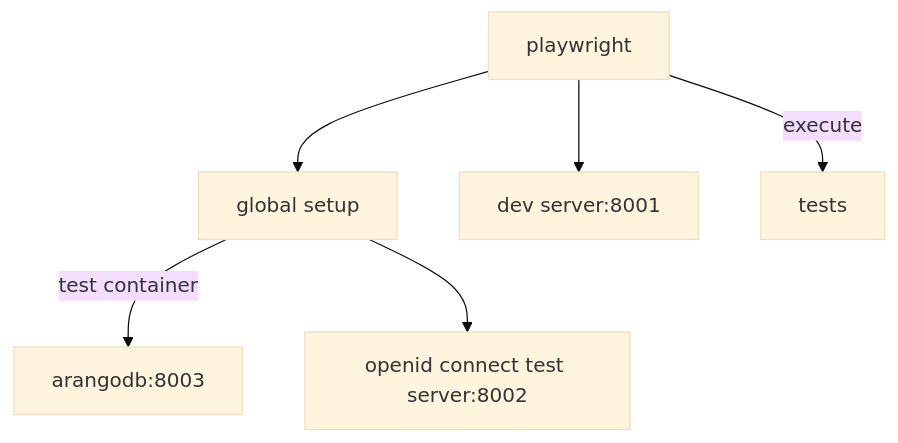
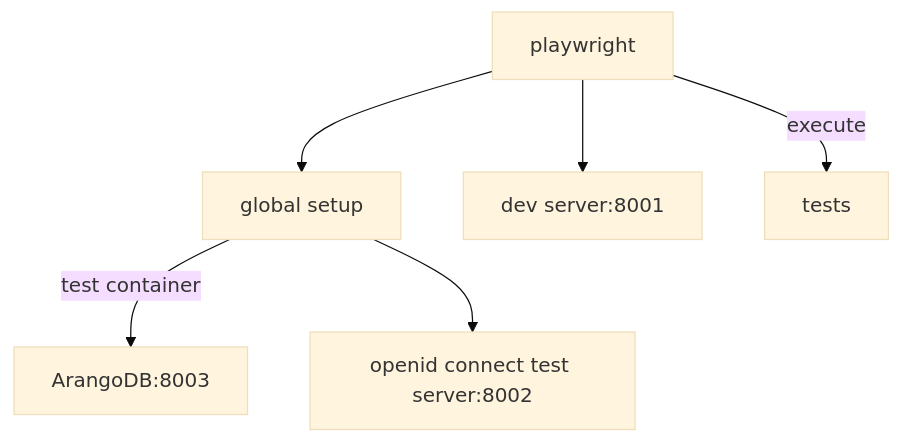
Before and after one commit to LXCat-project/LXCat: the diagram in app/README.md, drawn with Mermaid (base theme). The commit also changed other lines of this file and 6 other files, not shown here.

````diff
--- a/app/README.md
+++ b/app/README.md
@@ -196,8 +196,8 @@
 ```mermaid
 graph TD
     playwright --> g[global setup]
-    g -->|test container| a[arangodb:8003]
+    g -->|test container| a[ArangoDB:8003]
     g --> o[openid connect test server:8002]
     playwright --> d[dev server:8001]
     playwright -->|execute| t[tests]
 ```
````
